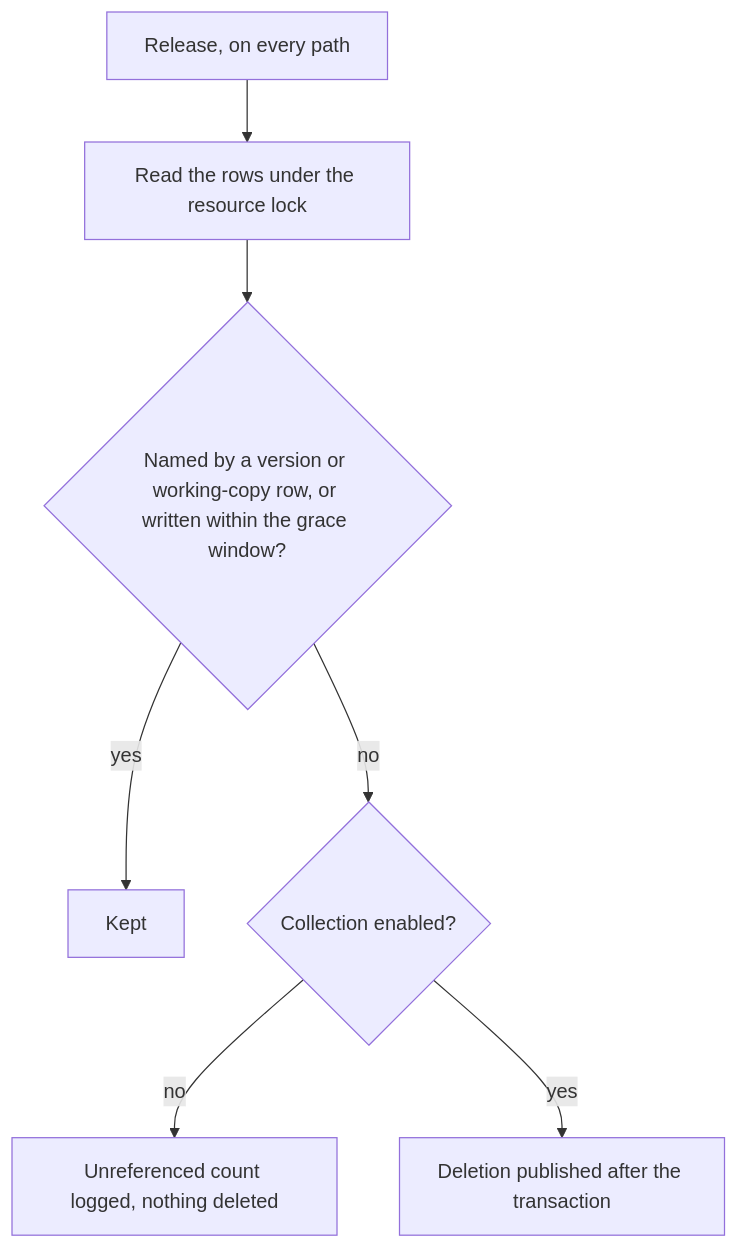
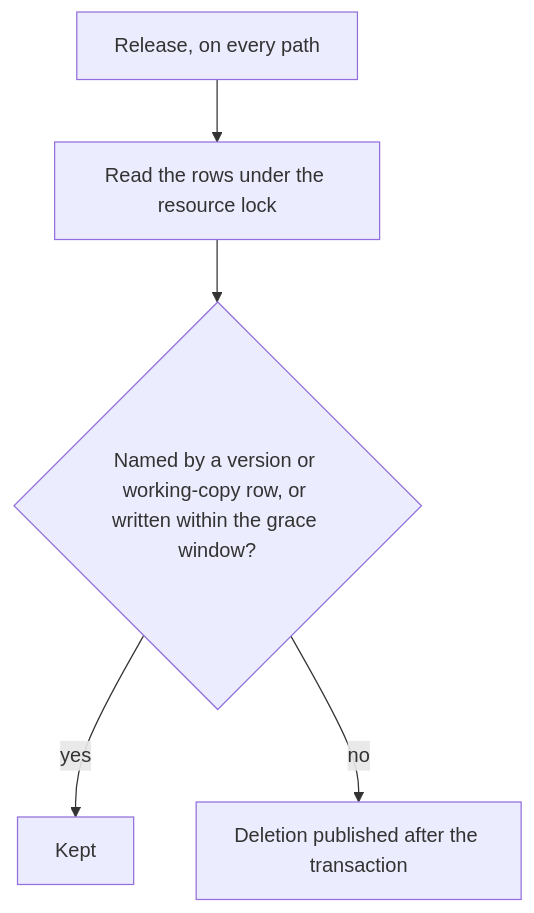
The second of 3 diagrams in openspec/specs/resource/content-addressed-assets/design.md (Esposter/Esposter), drawn with Mermaid before and after one commit. The commit also changed other lines of this file and 6 other files, not shown here.

````diff
--- a/openspec/specs/resource/content-addressed-assets/design.md
+++ b/openspec/specs/resource/content-addressed-assets/design.md
@@ -32,9 +32,7 @@
 ```mermaid
 flowchart TD
   released["Release, on every path"] --> lock["Read the rows under the resource lock"]
   lock --> held{"Named by a version or working-copy row, or written within the grace window?"}
   held -->|yes| keep["Kept"]
-  held -->|no| gate{"Collection enabled?"}
-  gate -->|no| count["Unreferenced count logged, nothing deleted"]
-  gate -->|yes| delete["Deletion published after the transaction"]
+  held -->|no| delete["Deletion published after the transaction"]
 ```
````
